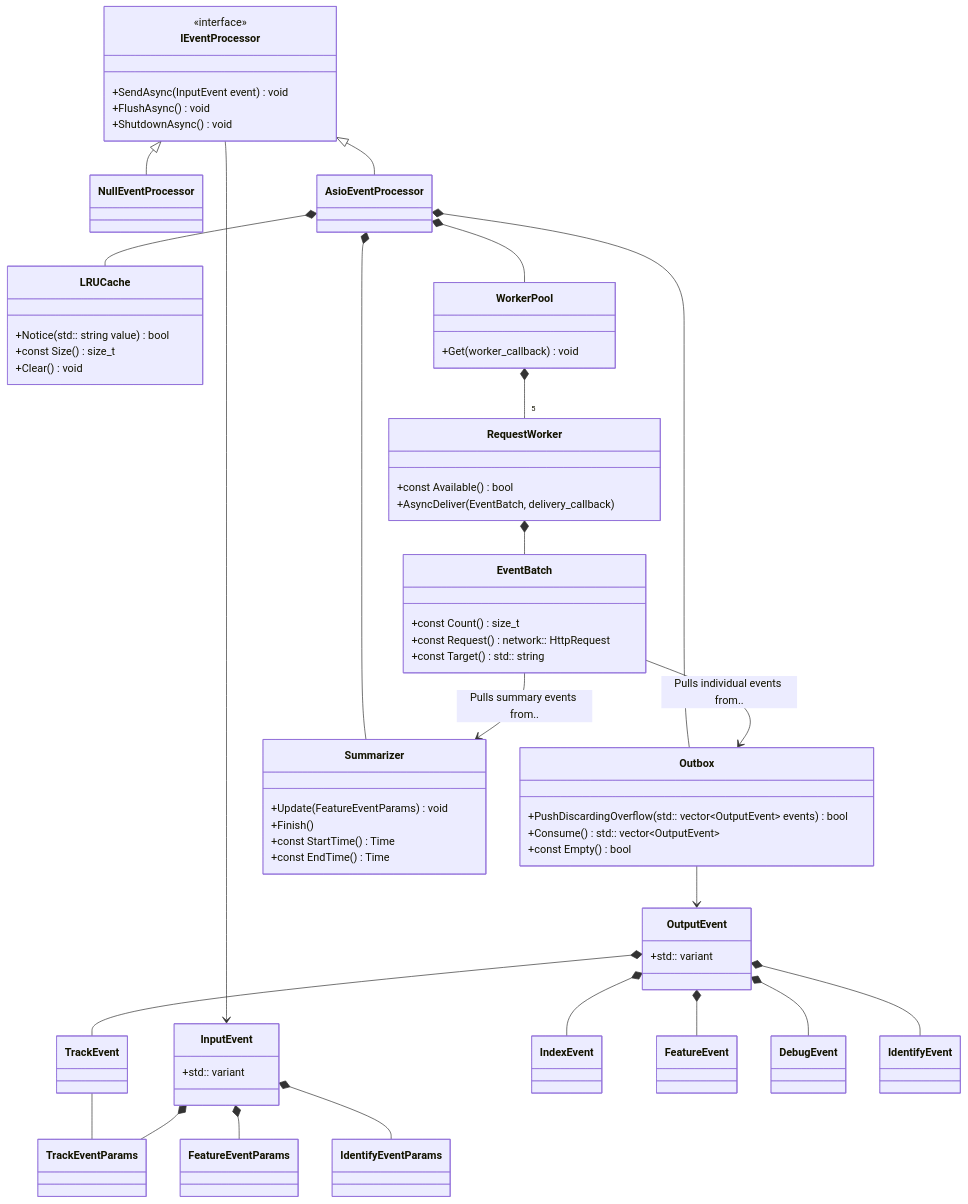
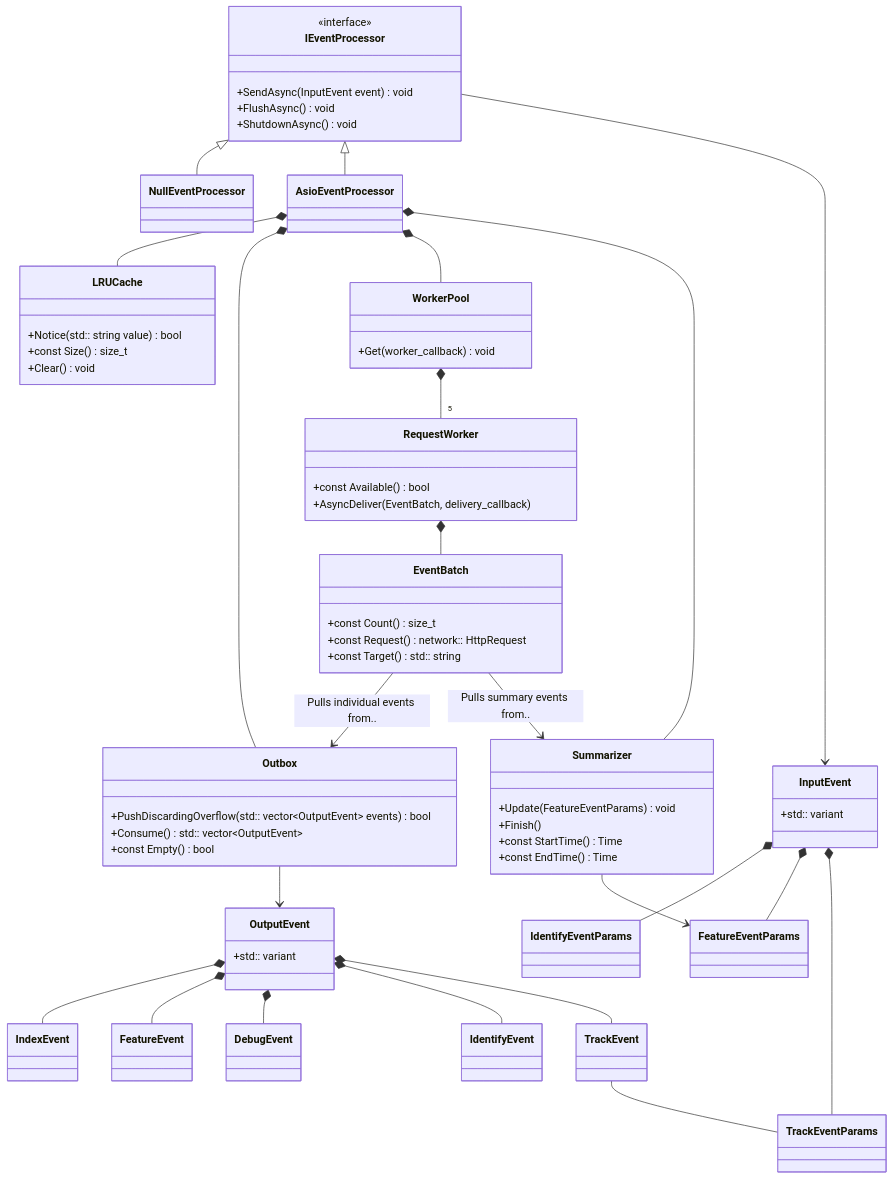
The diagram in architecture/event_processor.md (launchdarkly/cpp-sdks), drawn with Mermaid before and after one commit.

Commit message:
associate summarizer and featureEventParams

```diff
--- a/architecture/event_processor.md
+++ b/architecture/event_processor.md
@@ -17,9 +17,10 @@
     WorkerPool *-- "5" RequestWorker
 
     TrackEvent -- TrackEventParams
+    InputEvent *-- IdentifyEventParams
     InputEvent *-- FeatureEventParams
-    InputEvent *-- IdentifyEventParams
     InputEvent *-- TrackEventParams
+
 
     OutputEvent *-- IndexEvent
     OutputEvent *-- FeatureEvent
@@ -27,11 +28,13 @@
     OutputEvent *-- IdentifyEvent
     OutputEvent *-- TrackEvent
 
+    EventBatch --> Outbox: Pulls individual events from..
     EventBatch --> Summarizer: Pulls summary events from..
-    EventBatch --> Outbox: Pulls individual events from..
 
     IEventProcessor --> InputEvent
     Outbox --> OutputEvent
+
+    Summarizer --> FeatureEventParams
 
 
     class IEventProcessor {
```
